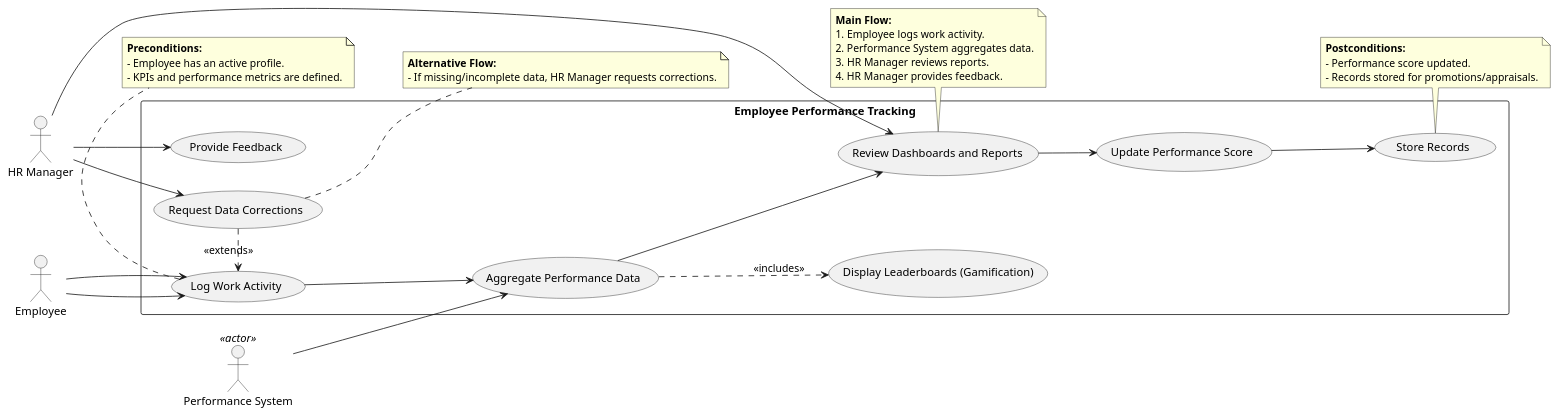
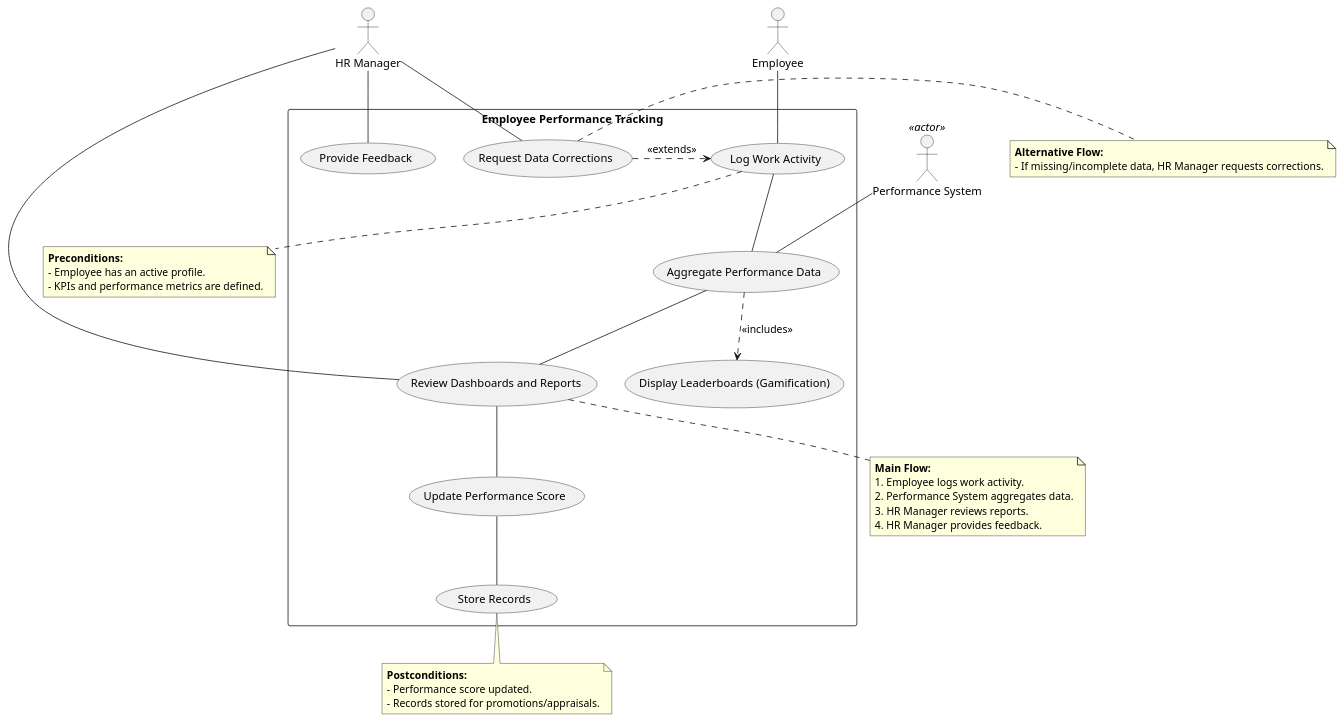
Before and after one commit to shreyas457/SE_G25: the diagram in proj1/code/uc19_b1_employee_performance_tracking.puml, drawn with PlantUML.

```diff
--- a/proj1/code/uc19_b1_employee_performance_tracking.puml
+++ b/proj1/code/uc19_b1_employee_performance_tracking.puml
@@ -1,65 +1,62 @@
 @startuml
-left to right direction
+' Remove "left to right direction" to use the default top-to-bottom layout
 
 actor "Employee" as Employee
 actor "HR Manager" as HRManager
 actor "Performance System" as System <<actor>>
 
 rectangle "Employee Performance Tracking" {
     usecase "Log Work Activity" as UC_LogActivity
     usecase "Aggregate Performance Data" as UC_Aggregate
+    usecase "Display Leaderboards (Gamification)" as UC_Leaderboards
     usecase "Review Dashboards and Reports" as UC_Review
     usecase "Provide Feedback" as UC_Feedback
-    usecase "Display Leaderboards (Gamification)" as UC_Leaderboards
-    usecase "Request Data Corrections" as UC_CorrectData
     usecase "Update Performance Score" as UC_UpdateScore
     usecase "Store Records" as UC_StoreRecords
+    usecase "Request Data Corrections" as UC_CorrectData
 }
 
-'--- Associations ---'
-Employee --> UC_LogActivity
-Employee --> UC_LogActivity
-HRManager --> UC_Review
-HRManager --> UC_Feedback
-HRManager --> UC_CorrectData
-System --> UC_Aggregate
+' Use double dashes (--) for vertical associations '
+Employee -- UC_LogActivity
+HRManager -- UC_Review
+HRManager -- UC_Feedback
+HRManager -- UC_CorrectData
+System -- UC_Aggregate
 
-'--- Includes (Subflows) ---'
+' Use double dashes (--) for vertical flow '
+UC_LogActivity -- UC_Aggregate
+UC_Aggregate -- UC_Review
+UC_Review -- UC_UpdateScore
+UC_UpdateScore -- UC_StoreRecords
+
+' Includes and Extends should also be vertical '
 UC_Aggregate ..> UC_Leaderboards : <<includes>>
-
-'--- Extends (Alternative Flows) ---'
 UC_CorrectData .> UC_LogActivity : <<extends>>
 
-'--- System to System Interaction ---'
-UC_LogActivity --> UC_Aggregate
-UC_Aggregate --> UC_Review
-UC_Review --> UC_UpdateScore
-UC_UpdateScore --> UC_StoreRecords
-
-'--- Notes for Context ---'
+' Use the `top`, `right`, `bottom`, `left` keywords for note positioning '
 note bottom of UC_LogActivity
 **Preconditions:**
 - Employee has an active profile.
 - KPIs and performance metrics are defined.
 end note
 
 note bottom of UC_Review
 **Main Flow:**
 1. Employee logs work activity.
 2. Performance System aggregates data.
 3. HR Manager reviews reports.
 4. HR Manager provides feedback.
 end note
 
 note right of UC_CorrectData
 **Alternative Flow:**
 - If missing/incomplete data, HR Manager requests corrections.
 end note
 
 note bottom of UC_StoreRecords
 **Postconditions:**
 - Performance score updated.
 - Records stored for promotions/appraisals.
 end note
 
 @enduml
```
